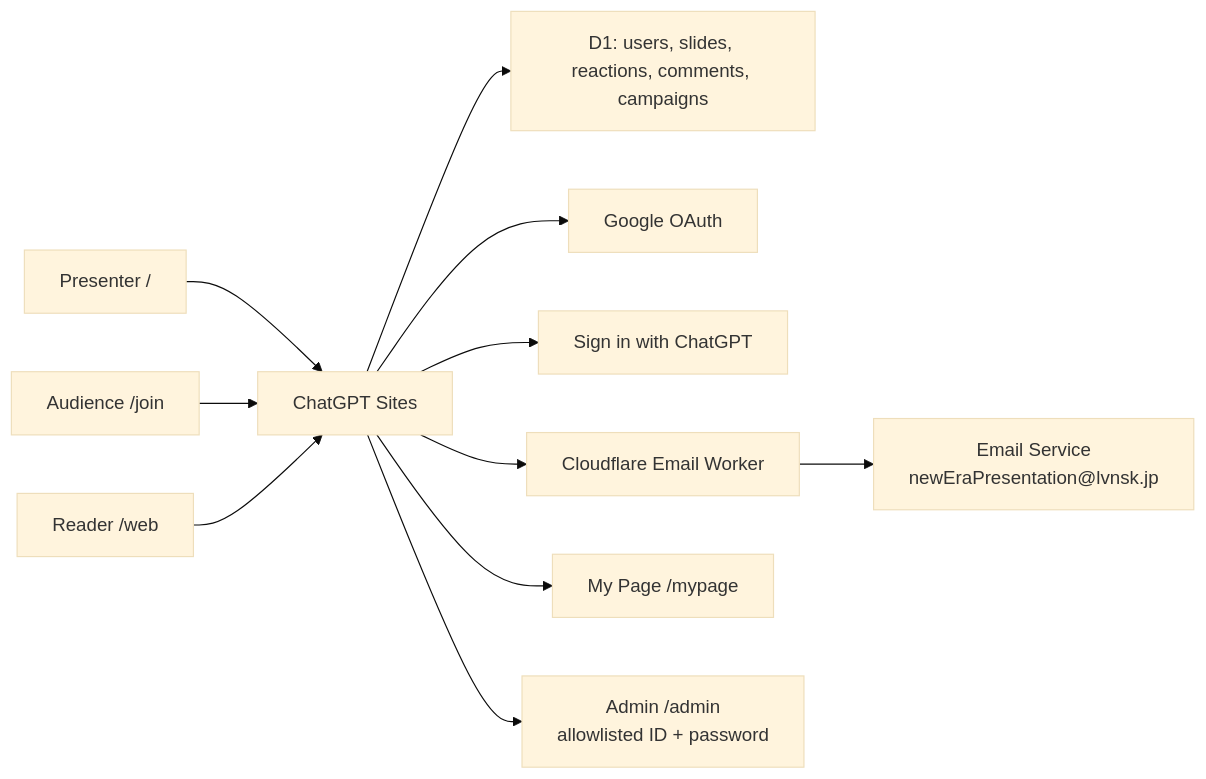
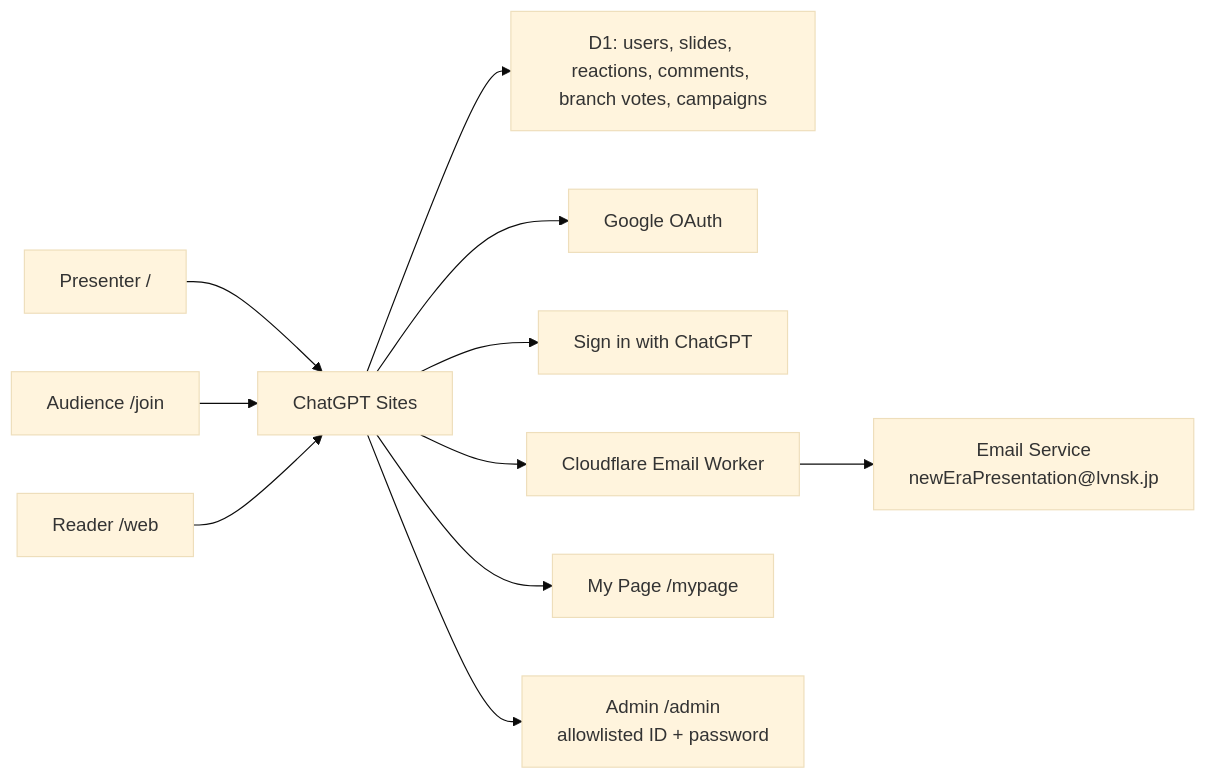
One commit to geeorgey/OpenAI-Build-Week-2026 changed the diagram in README.md. Above: the diagram before and after it, drawn with Mermaid (base theme). The commit also changed other lines of this file and 13 other files, not shown here.

````diff
--- a/README.md
+++ b/README.md
@@ -50,13 +52,13 @@
 ```mermaid
 flowchart LR
   A["Presenter /"] --> S["ChatGPT Sites"]
   B["Audience /join"] --> S
   C["Reader /web"] --> S
-  S --> D["D1: users, slides, reactions, comments, campaigns"]
+  S --> D["D1: users, slides, reactions, comments, branch votes, campaigns"]
   S --> G["Google OAuth"]
   S --> H["Sign in with ChatGPT"]
   S --> E["Cloudflare Email Worker"]
   E --> F["Email Service<br/>newEraPresentation@lvnsk.jp"]
   S --> M["My Page /mypage"]
   S --> N["Admin /admin<br/>allowlisted ID + password"]
 ```
````
